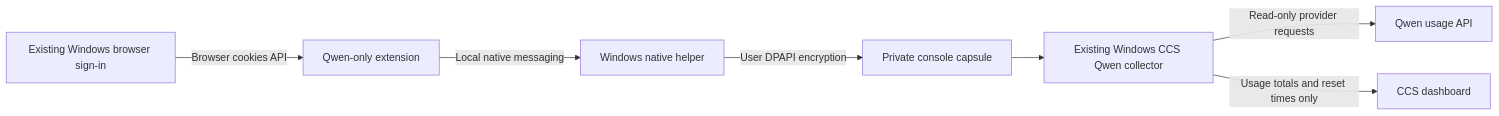
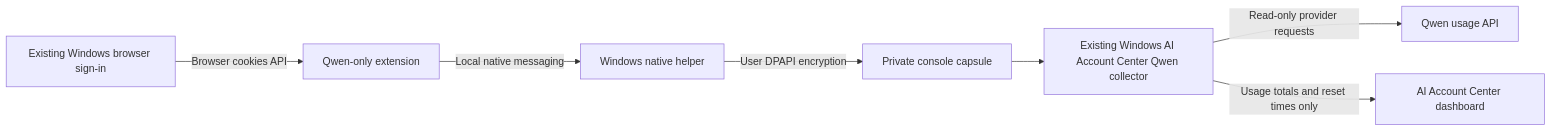
The diagram in browser-bridge/qwen/README.md (sittingmongoose/ai-account-center), drawn with Mermaid before and after one commit. The commit also changed other lines of this file and 1861 other files, not shown here.

First line of the commit message:
feat: rename product and refine account dashboard

````diff
--- a/browser-bridge/qwen/README.md
+++ b/browser-bridge/qwen/README.md
@@ -39,9 +39,9 @@
 ```mermaid
 flowchart LR
   A[Existing Windows browser sign-in] -->|Browser cookies API| B[Qwen-only extension]
   B -->|Local native messaging| C[Windows native helper]
   C -->|User DPAPI encryption| D[Private console capsule]
-  D --> E[Existing Windows CCS Qwen collector]
+  D --> E[Existing Windows AI Account Center Qwen collector]
   E -->|Read-only provider requests| F[Qwen usage API]
-  E -->|Usage totals and reset times only| G[CCS dashboard]
+  E -->|Usage totals and reset times only| G[AI Account Center dashboard]
 ```
````
